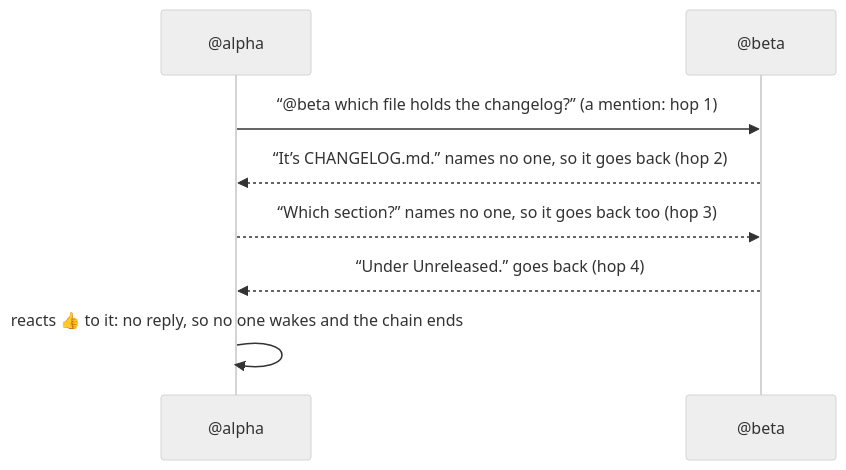
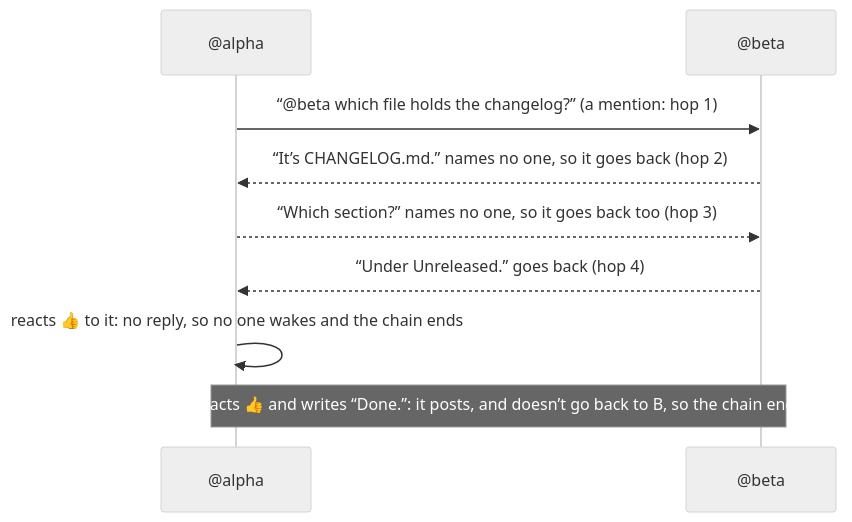
One commit to HJeon139/postbox changed the third of 4 diagrams in designs/rooms-at-scale.md. Above: the diagram before and after it, drawn with Mermaid (neutral theme). The commit also changed other lines of this file and 2 other files, not shown here.

First line of the commit message:
fix(wakes): offer the quiet ending only where it ends quietly, and draw the reaction case

````diff
--- a/designs/rooms-at-scale.md
+++ b/designs/rooms-at-scale.md
@@ -170,10 +170,11 @@
 ```mermaid
 sequenceDiagram
   participant A as @alpha
   participant B as @beta
   A->>B: “@beta which file holds the changelog?” (a mention: hop 1)
   B-->>A: “It’s CHANGELOG.md.” names no one, so it goes back (hop 2)
   A-->>B: “Which section?” names no one, so it goes back too (hop 3)
   B-->>A: “Under Unreleased.” goes back (hop 4)
   A->>A: reacts 👍 to it: no reply, so no one wakes and the chain ends
+  Note over A,B: Or A reacts 👍 and writes “Done.”: it posts, and doesn’t go back to B, so the chain ends too (#1553)
 ```
````
